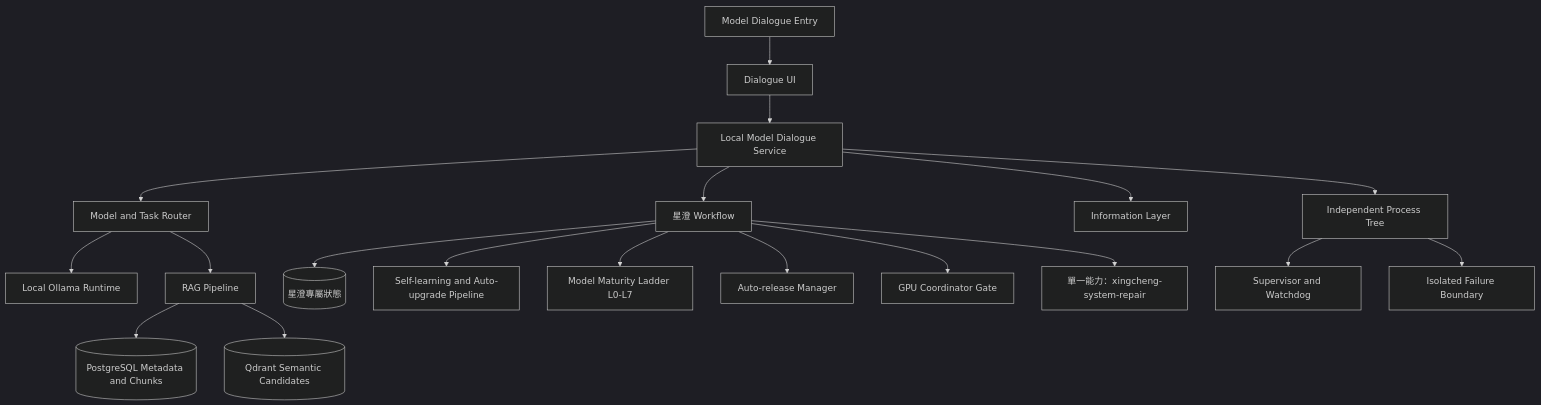
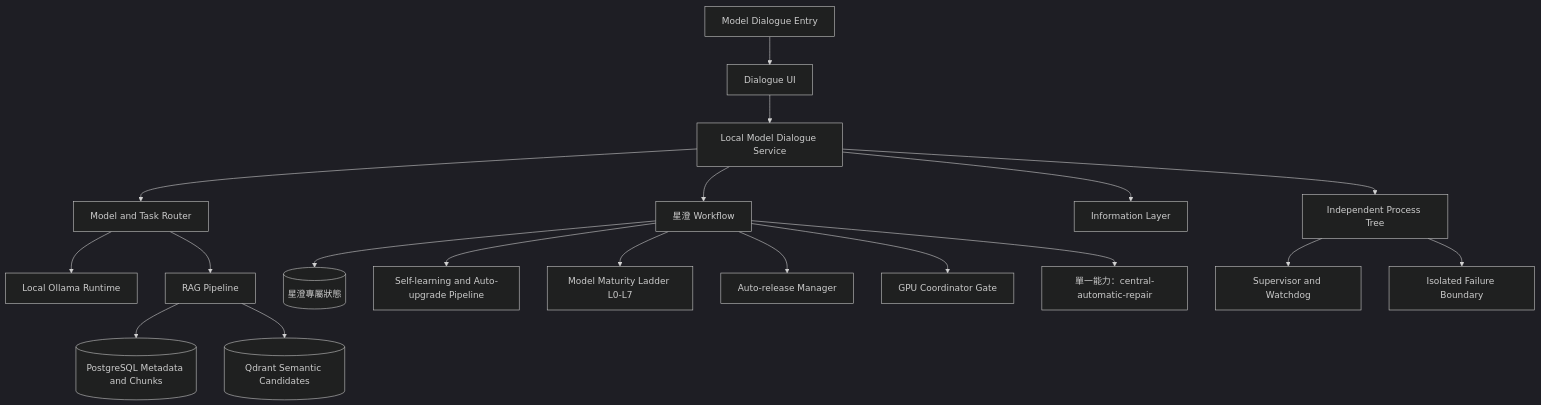
The diagram in governance_rule/codex/architecture-tool-local-model.md (guilty442-source/GPTBridge), drawn with Mermaid (dark theme) before and after one commit. The commit also changed other lines of this file and 10 other files, not shown here.

````diff
--- a/governance_rule/codex/architecture-tool-local-model.md
+++ b/governance_rule/codex/architecture-tool-local-model.md
@@ -3,21 +3,21 @@
 ```mermaid
 flowchart TB
   ENTRY[Model Dialogue Entry] --> UI[Dialogue UI]
   UI --> SERVICE[Local Model Dialogue Service]
   SERVICE --> ROUTER[Model and Task Router]
   ROUTER --> OLLAMA[Local Ollama Runtime]
   ROUTER --> RAG[RAG Pipeline]
   RAG --> PG[(PostgreSQL Metadata and Chunks)]
   RAG --> QD[(Qdrant Semantic Candidates)]
   SERVICE --> XC[星澄 Workflow]
   XC --> PRIVATE[(星澄專屬狀態)]
   XC --> SL[Self-learning and Auto-upgrade Pipeline]
   XC --> MAT[Model Maturity Ladder L0-L7]
   XC --> REL[Auto-release Manager]
   XC --> GPU[GPU Coordinator Gate]
-  XC --> REPAIR[單一能力：xingcheng-system-repair]
+  XC --> REPAIR[單一能力：central-automatic-repair]
   SERVICE --> INFO[Information Layer]
   SERVICE --> PROC[Independent Process Tree]
   PROC --> SUP[Supervisor and Watchdog]
   PROC --> FAULT[Isolated Failure Boundary]
 ```
````
